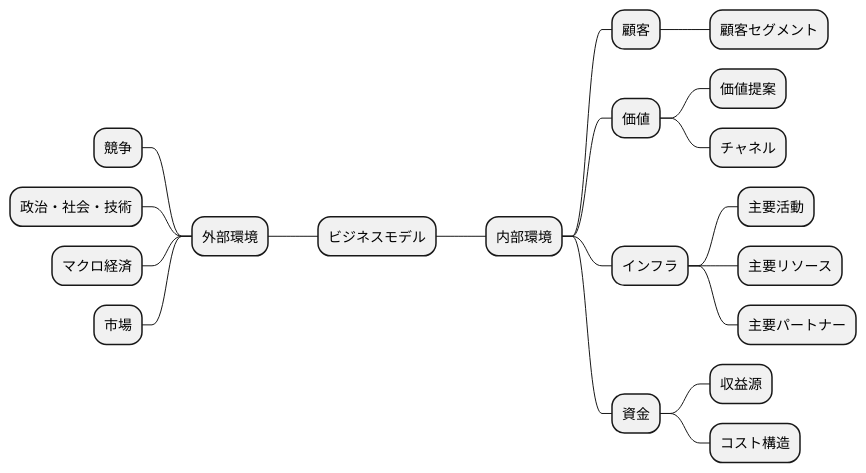
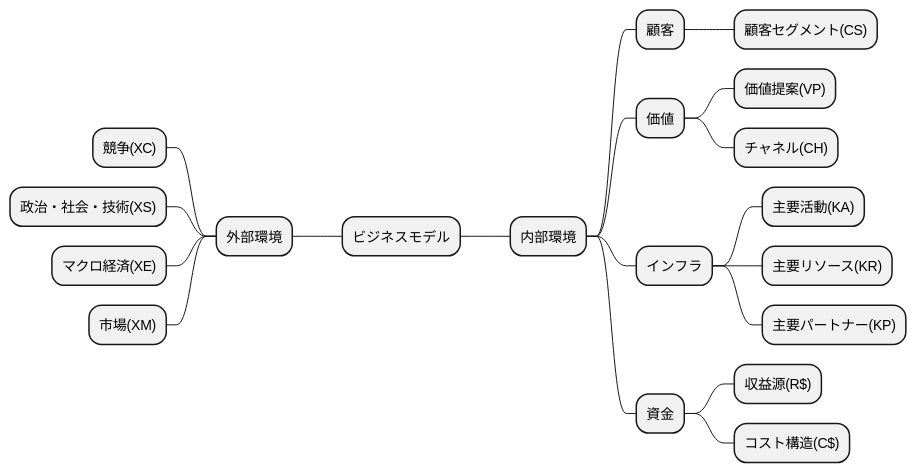
Before and after one commit to k2works/requirements_definition_excercise: the second of 12 diagrams in docs/Rule.md, drawn with PlantUML.

Commit message:
ルール集

````diff
--- a/docs/Rule.md
+++ b/docs/Rule.md
@@ -18,23 +18,23 @@
 ```plantuml
 @startmindmap
 * ビジネスモデル
 -- 外部環境
---- 競争
---- 政治・社会・技術
---- マクロ経済
---- 市場
+--- 競争(XC)
+--- 政治・社会・技術(XS)
+--- マクロ経済(XE)
+--- 市場(XM)
 ** 内部環境
 *** 顧客
-**** 顧客セグメント
+**** 顧客セグメント(CS)
 *** 価値
-**** 価値提案
-**** チャネル
+**** 価値提案(VP)
+**** チャネル(CH)
 *** インフラ
-**** 主要活動
-**** 主要リソース
-**** 主要パートナー
+**** 主要活動(KA)
+**** 主要リソース(KR)
+**** 主要パートナー(KP)
 *** 資金
-**** 収益源
-**** コスト構造
+**** 収益源(R$)
+**** コスト構造(C$)
 @endmindmap
 ```
````
